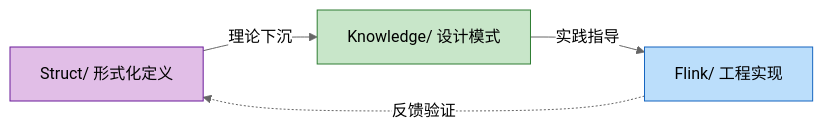
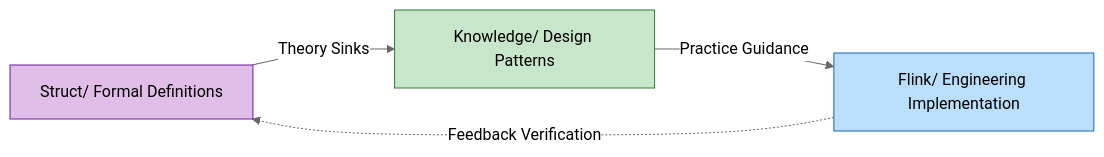
One commit to AdaMartin18010/AnalysisDataFlow changed the first of 2 diagrams in i18n/en/QUICK-START.md. Above: the diagram before and after it, drawn with Mermaid (neutral theme). The commit also changed other lines of this file and 210 other files, not shown here.

````diff
--- a/i18n/en/QUICK-START.md
+++ b/i18n/en/QUICK-START.md
@@ -34,10 +58,10 @@
 ```mermaid
 graph LR
-    S[Struct/ 形式化定义] -->|理论下沉| K[Knowledge/ 设计模式]
-    K -->|实践指导| F[Flink/ 工程实现]
-    F -.->|反馈验证| S
+    S[Struct/ Formal Definitions] -->|Theory Sinks| K[Knowledge/ Design Patterns]
+    K -->|Practice Guidance| F[Flink/ Engineering Implementation]
+    F -.->|Feedback Verification| S
 
     style S fill:#e1bee7,stroke:#6a1b9a
     style K fill:#c8e6c9,stroke:#2e7d32
     style F fill:#bbdefb,stroke:#1565c0
 ```
````
